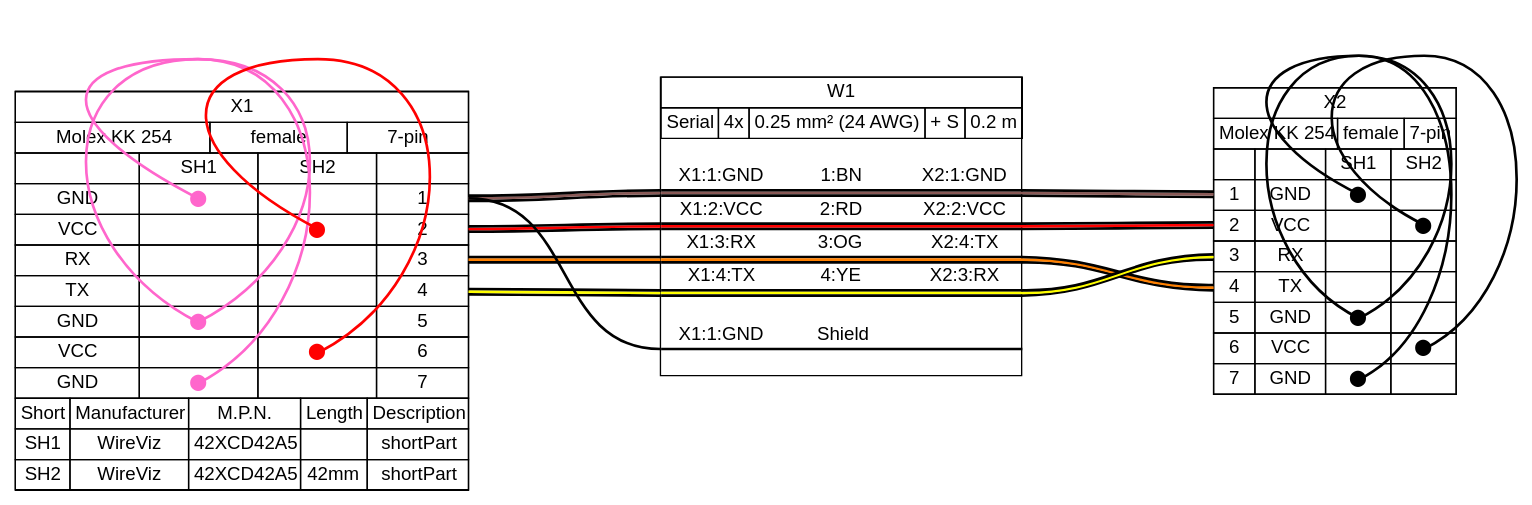
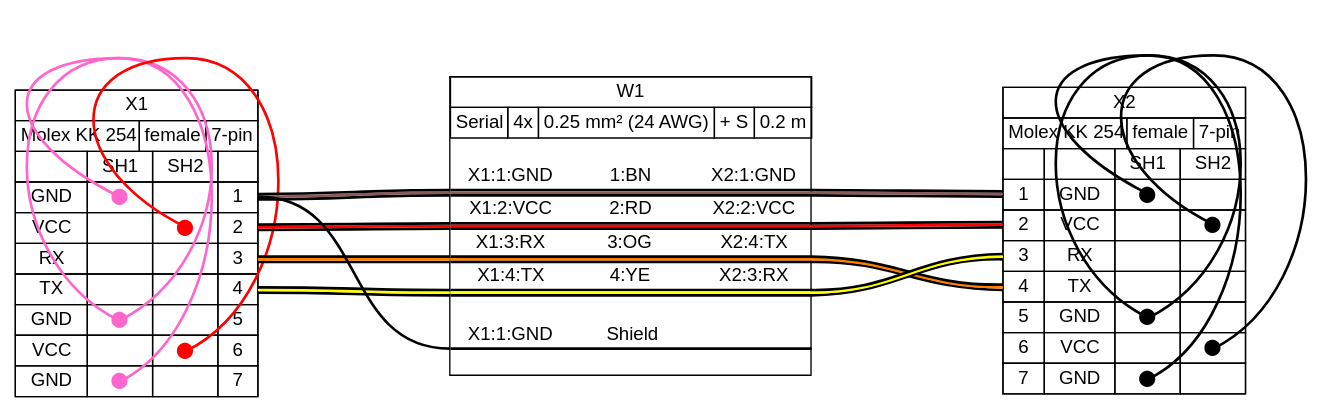
Before and after one commit to wireviz/WireViz: the diagram in examples/ex15.gv, drawn with Graphviz. The commit also changed 11 other files, not shown here.

```diff
--- a/examples/ex15.gv
+++ b/examples/ex15.gv
@@ -73,31 +73,6 @@
     <td  port="p7J"><FONT FACE="Sans" POINT-SIZE="12.0" COLOR="#FF66CC">&#11044;</FONT></td>
     <td></td>
     <td port="p7r">7</td>
-   </tr>
-  </table>
- </td></tr>
- <tr><td>
-  <table border="0" cellspacing="0" cellpadding="3" cellborder="1">
-   <tr>
-    <td>Short</td>
-    <td>Manufacturer</td>
-    <td>M.P.N.</td>
-    <td>Length</td>
-    <td>Description</td>
-   </tr>
-   <tr>
-    <td>SH1</td>
-    <td>WireViz</td>
-    <td>42XCD42A5</td>
-    <td></td>
-    <td>shortPart</td>
-   </tr>
-   <tr>
-    <td>SH2</td>
-    <td>WireViz</td>
-    <td>42XCD42A5</td>
-    <td>42mm</td>
-    <td>shortPart</td>
    </tr>
   </table>
  </td></tr>
```
